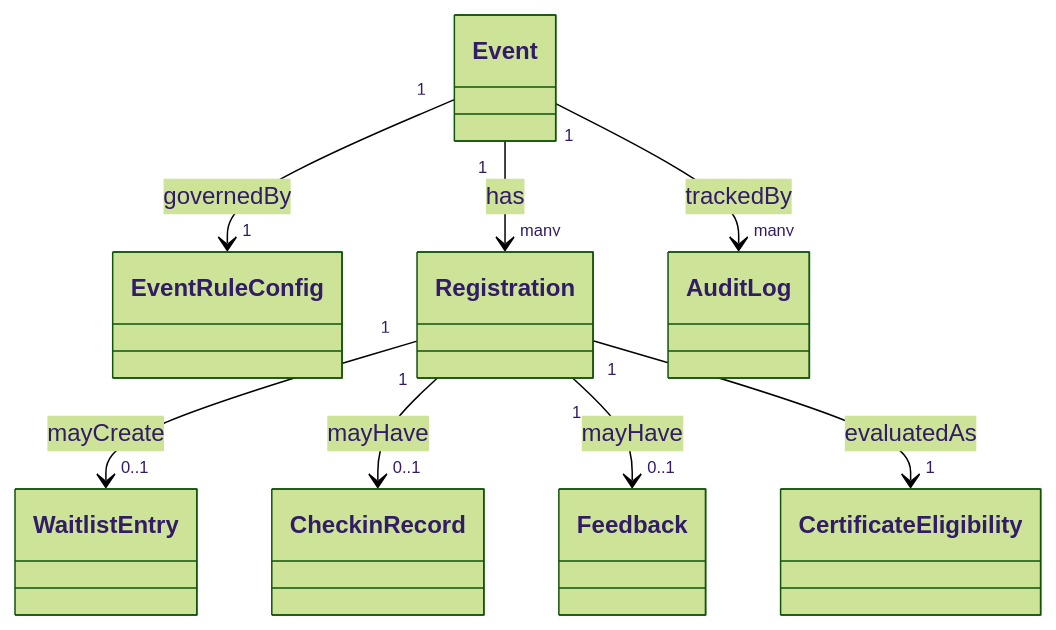
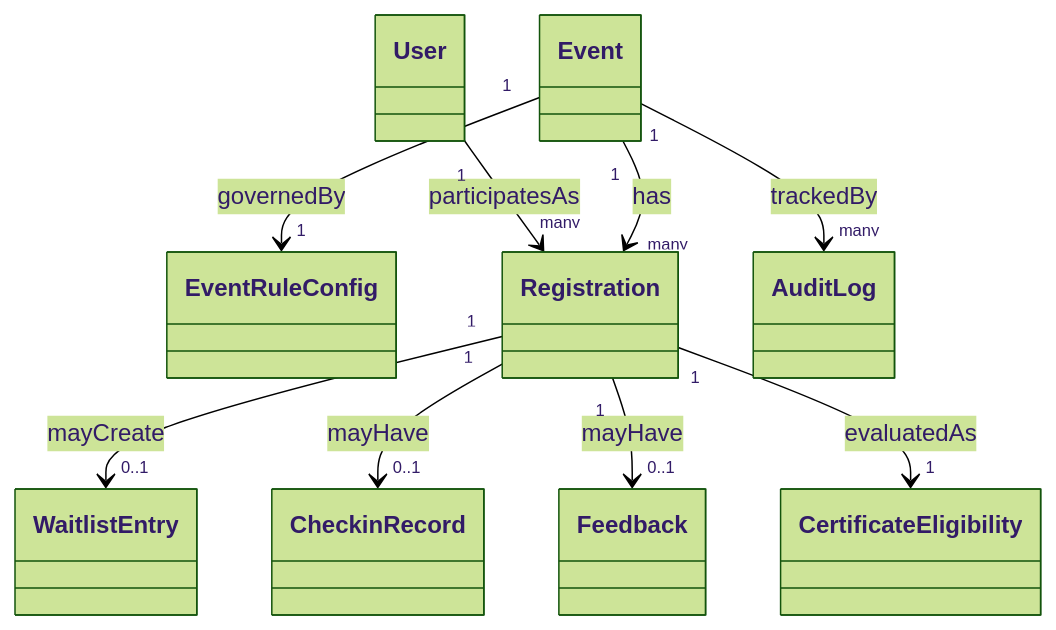
Before and after one commit to trannamtrung1st/ai-engineering-learning: the diagram in projects/ai-harnessed_we-event-app/docs/technical/03-domain-model.md, drawn with Mermaid (forest theme). The commit also changed other lines of this file and 17 other files, not shown here.

````diff
--- a/projects/ai-harnessed_we-event-app/docs/technical/03-domain-model.md
+++ b/projects/ai-harnessed_we-event-app/docs/technical/03-domain-model.md
@@ -19,19 +29,21 @@
 ```mermaid
 classDiagram
     class Event
     class EventRuleConfig
     class Registration
     class WaitlistEntry
     class CheckinRecord
     class Feedback
     class CertificateEligibility
     class AuditLog
+    class User
 
+    User "1" --> "many" Registration : participatesAs
     Event "1" --> "1" EventRuleConfig : governedBy
     Event "1" --> "many" Registration : has
     Registration "1" --> "0..1" WaitlistEntry : mayCreate
     Registration "1" --> "0..1" CheckinRecord : mayHave
     Registration "1" --> "0..1" Feedback : mayHave
     Registration "1" --> "1" CertificateEligibility : evaluatedAs
     Event "1" --> "many" AuditLog : trackedBy
 ```
````
